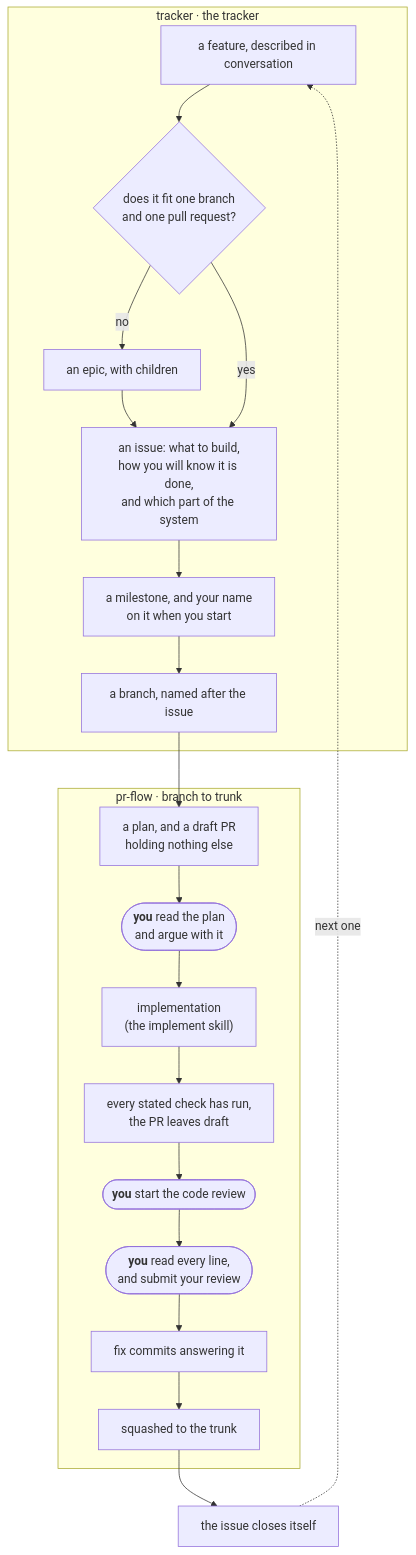
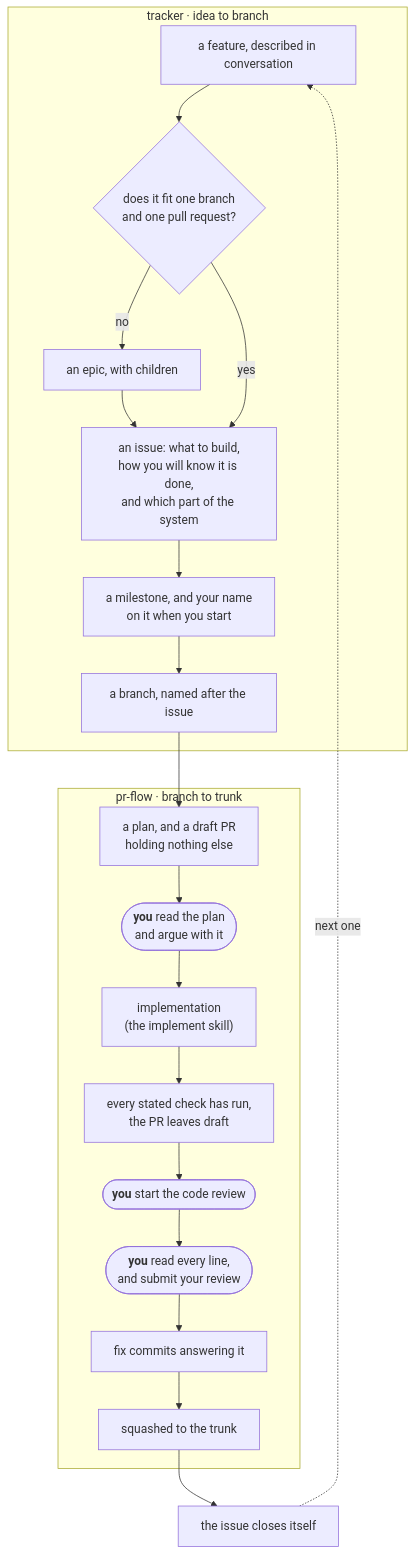
Before and after one commit to izkreny/agentifico: the diagram in plugins/gh-solo/skills/tracker/README.md, drawn with Mermaid. The commit also changed other lines of this file and 11 other files, not shown here.

````diff
--- a/plugins/gh-solo/skills/tracker/README.md
+++ b/plugins/gh-solo/skills/tracker/README.md
@@ -15,25 +26,25 @@
 ```mermaid
 flowchart TD
-    subgraph tracker["tracker · the tracker"]
+    subgraph tracker["tracker · idea to branch"]
         A["a feature, described in conversation"] --> B{"does it fit one branch<br/>and one pull request?"}
         B -->|"no"| C["an epic, with children"]
         C --> D["an issue: what to build,<br/>how you will know it is done,<br/>and which part of the system"]
         B -->|"yes"| D
         D --> E["a milestone, and your name<br/>on it when you start"]
         E --> F["a branch, named after the issue"]
     end
 
     subgraph prflow["pr-flow · branch to trunk"]
         F --> G["a plan, and a draft PR<br/>holding nothing else"]
         G --> STOP(["<b>you</b> read the plan<br/>and argue with it"])
         STOP --> H["implementation<br/>(the implement skill)"]
         H --> I["every stated check has run,<br/>the PR leaves draft"]
         I --> J(["<b>you</b> start the code review"])
         J --> K(["<b>you</b> read every line,<br/>and submit your review"])
         K --> L["fix commits answering it"]
         L --> M["squashed to the trunk"]
     end
 
     M --> N["the issue closes itself"]
     N -.->|"next one"| A
 ```
````
